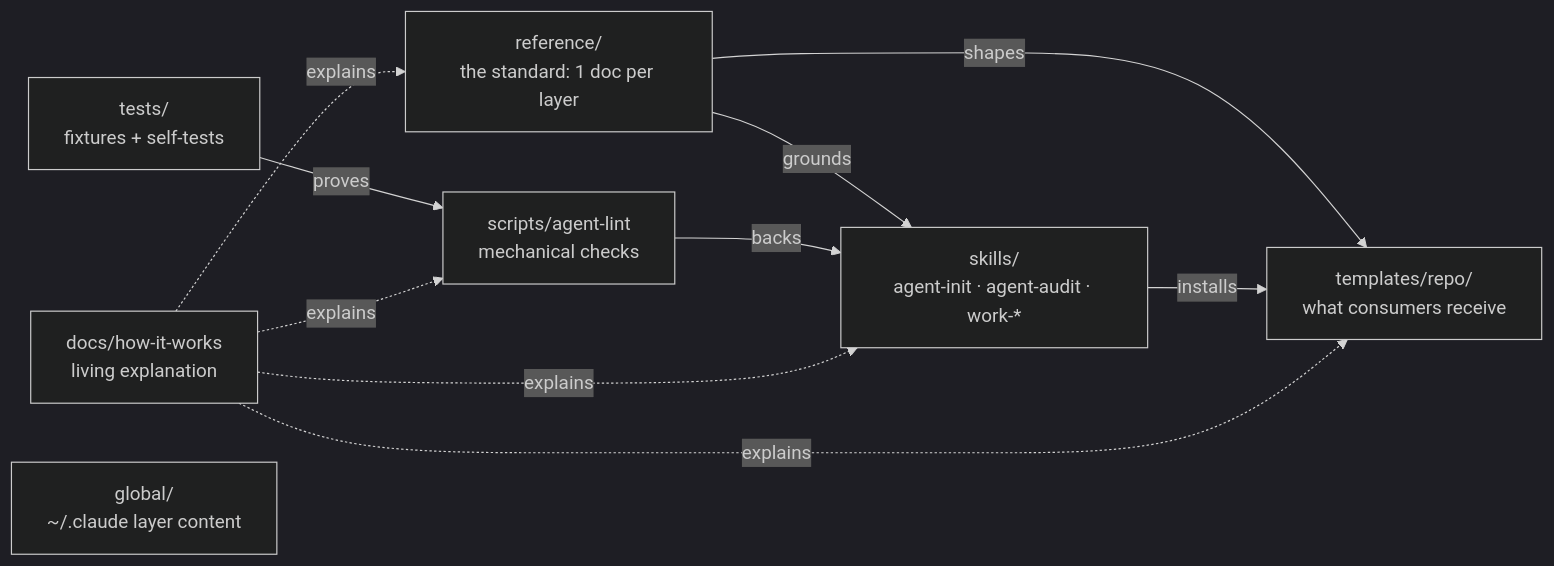
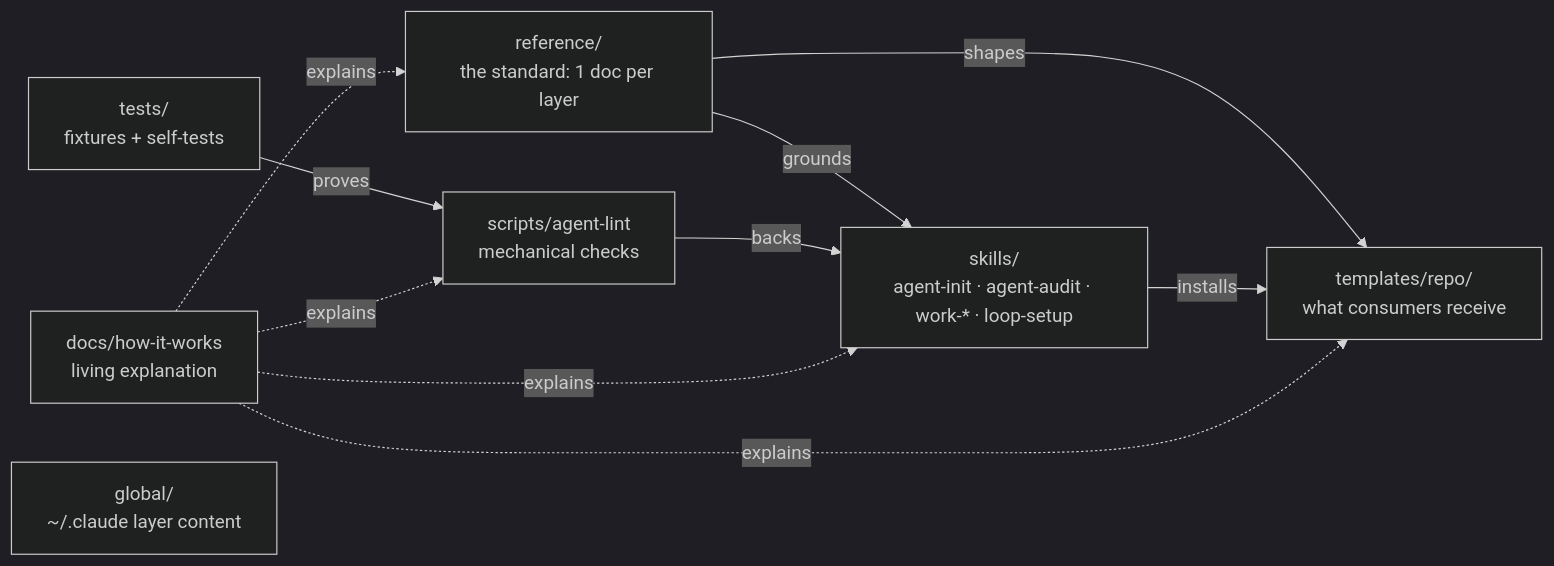
Before and after one commit to bygama/Agent-Engineering: the first of 2 diagrams in docs/how-it-works/architecture.md, drawn with Mermaid (dark theme). The commit also changed other lines of this file and 4 other files, not shown here.

````diff
--- a/docs/how-it-works/architecture.md
+++ b/docs/how-it-works/architecture.md
@@ -17,10 +17,10 @@
 ```mermaid
 flowchart LR
-    REF["reference/<br/>the standard: 1 doc per layer"] -->|grounds| SK["skills/<br/>agent-init · agent-audit · work-*"]
+    REF["reference/<br/>the standard: 1 doc per layer"] -->|grounds| SK["skills/<br/>agent-init · agent-audit · work-* · loop-setup"]
     REF -->|shapes| TPL["templates/repo/<br/>what consumers receive"]
     SK -->|installs| TPL
     SCR["scripts/agent-lint<br/>mechanical checks"] -->|backs| SK
     TST["tests/<br/>fixtures + self-tests"] -->|proves| SCR
     DOCS["docs/how-it-works<br/>living explanation"] -.->|explains| REF & SK & TPL & SCR
     GLB["global/<br/>~/.claude layer content"]
 ```
````
